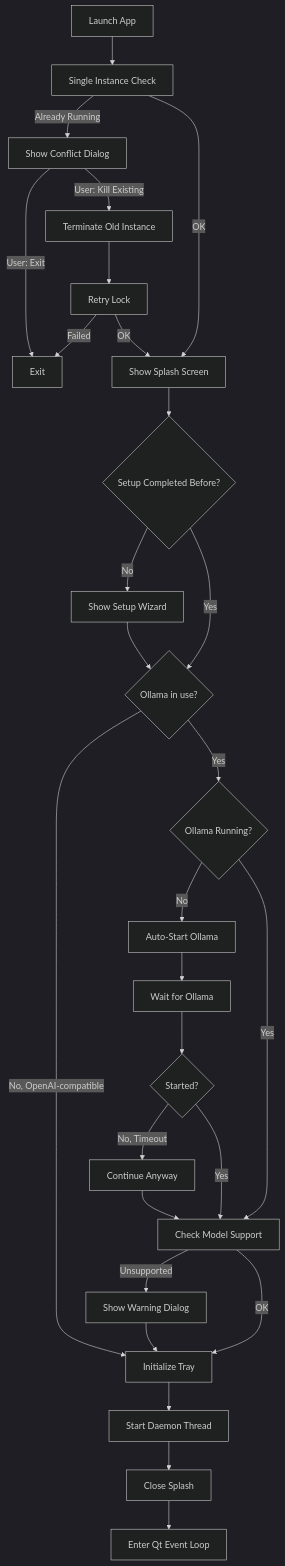
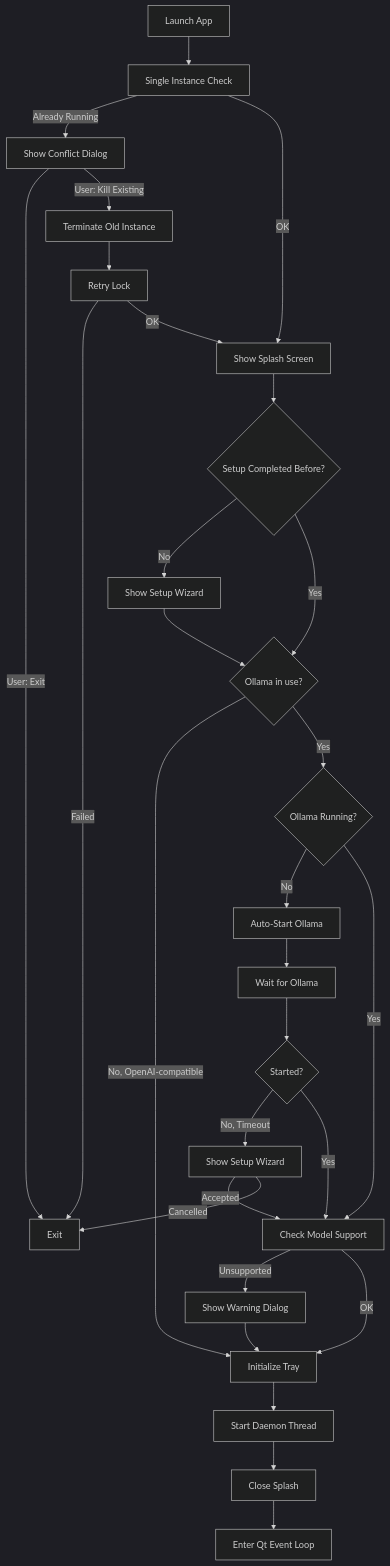
One commit to Hocsman/jarvis changed the first of 2 diagrams in src/desktop_app/desktop_app.spec.md. Above: the diagram before and after it, drawn with Mermaid (dark theme). The commit also changed other lines of this file and 13 other files, not shown here.

First line of the commit message:
fix: harden warmup probes, warm embed model, and show wizard on auto-start failure (#530)

````diff
--- a/src/desktop_app/desktop_app.spec.md
+++ b/src/desktop_app/desktop_app.spec.md
@@ -35,30 +35,31 @@
 ```mermaid
 flowchart TD
     A[Launch App] --> B[Single Instance Check]
     B -->|Already Running| B2[Show Conflict Dialog]
     B2 -->|User: Exit| Z[Exit]
     B2 -->|User: Kill Existing| B3[Terminate Old Instance]
     B3 --> B4[Retry Lock]
     B4 -->|Failed| Z
     B4 -->|OK| C
     B -->|OK| C[Show Splash Screen]
     C --> D{Setup Completed Before?}
     D -->|No| E[Show Setup Wizard]
     D -->|Yes| PR{Ollama in use?}
     E --> PR
     PR -->|No, OpenAI-compatible| M[Initialize Tray]
     PR -->|Yes| F{Ollama Running?}
     F -->|No| G[Auto-Start Ollama]
     G --> H[Wait for Ollama]
     H --> I{Started?}
-    I -->|No, Timeout| J[Continue Anyway]
+    I -->|No, Timeout| W[Show Setup Wizard]
+    W -->|Accepted| K[Check Model Support]
+    W -->|Cancelled| Z[Exit]
     I -->|Yes| K[Check Model Support]
     F -->|Yes| K
-    J --> K
     K -->|Unsupported| L[Show Warning Dialog]
     K -->|OK| M[Initialize Tray]
     L --> M
     M --> N[Start Daemon Thread]
     N --> O[Close Splash]
     O --> P[Enter Qt Event Loop]
 ```
````
